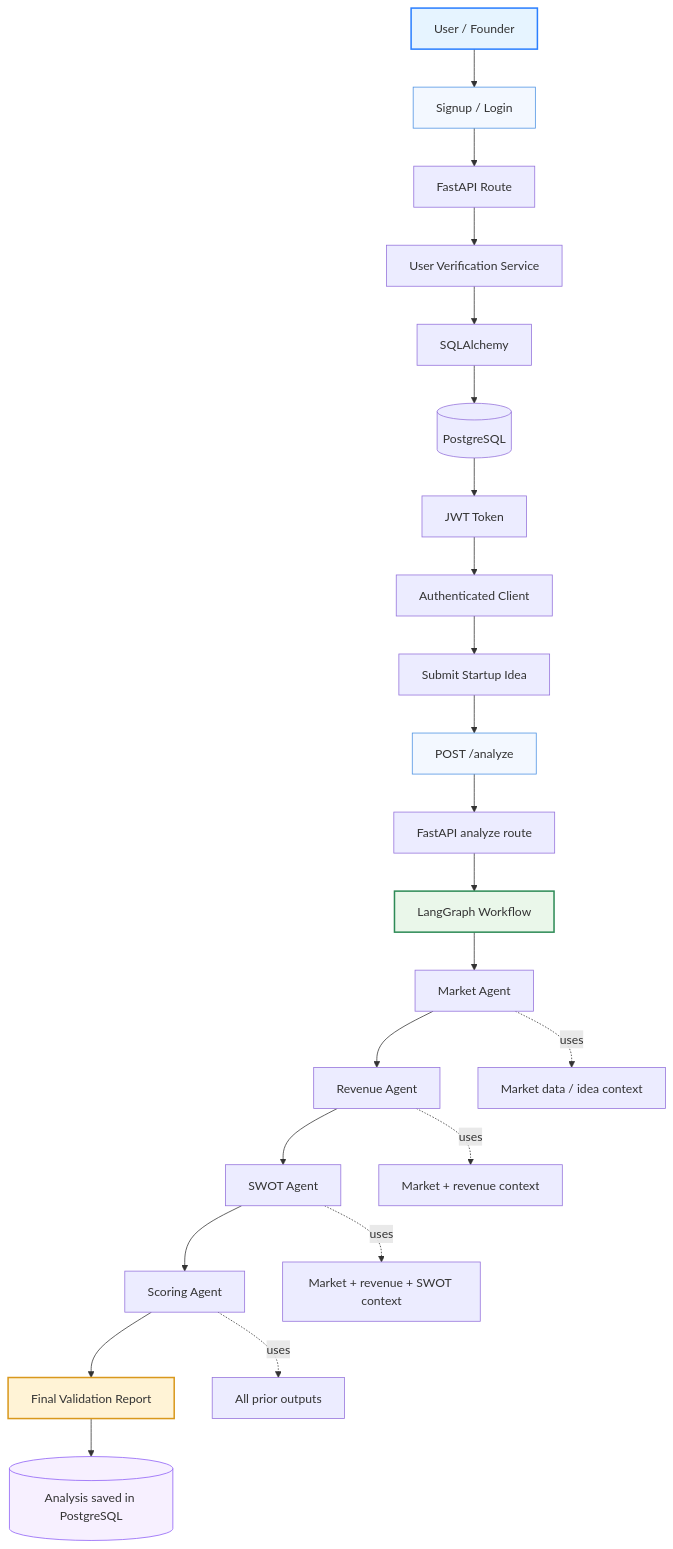
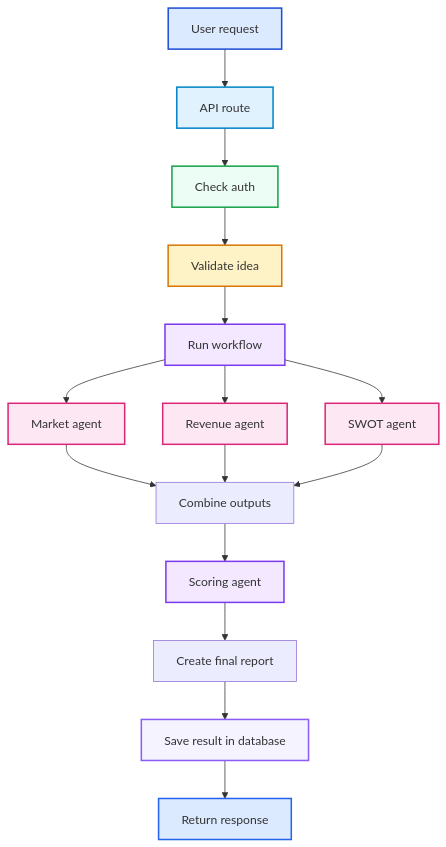
The second of 4 diagrams in README.md (vidhi1954/Startup-Validator), drawn with Mermaid before and after one commit. The commit also changed other lines of this file and 2 other files, not shown here.

````diff
--- a/README.md
+++ b/README.md
@@ -138,34 +28,29 @@
 ```mermaid
 flowchart TD
-    A[User / Founder] --> B[Signup / Login]
-    B --> C[FastAPI Route]
-    C --> D[User Verification Service]
-    D --> E[SQLAlchemy]
-    E --> F[(PostgreSQL)]
-    F --> G[JWT Token]
-    G --> H[Authenticated Client]
+    A[User request] --> B[API route]
+    B --> C[Check auth]
+    C --> D[Validate idea]
+    D --> E[Run workflow]
+    E --> F[Market agent]
+    E --> G[Revenue agent]
+    E --> H[SWOT agent]
+    F --> I[Combine outputs]
+    G --> I
+    H --> I
+    I --> J[Scoring agent]
+    J --> K[Create final report]
+    K --> L[Save result in database]
+    L --> M[Return response]
 
-    H --> I[Submit Startup Idea]
-    I --> J[POST /analyze]
-    J --> K[FastAPI analyze route]
-    K --> L[LangGraph Workflow]
-
-    L --> M[Market Agent]
-    M --> N[Revenue Agent]
-    N --> O[SWOT Agent]
-    O --> P[Scoring Agent]
-    P --> Q[Final Validation Report]
-    Q --> R[(Analysis saved in PostgreSQL)]
-
-    M -. uses .-> S[Market data / idea context]
-    N -. uses .-> T[Market + revenue context]
-    O -. uses .-> U[Market + revenue + SWOT context]
-    P -. uses .-> V[All prior outputs]
-
-    style A fill:#e6f4ff,stroke:#2b7fff,stroke-width:2px
-    style B fill:#f3f8ff,stroke:#4a90e2,stroke-width:1px
-    style J fill:#f3f8ff,stroke:#4a90e2,stroke-width:1px
-    style L fill:#eaf7ea,stroke:#2e8b57,stroke-width:2px
-    style Q fill:#fff3d6,stroke:#d9981d,stroke-width:2px
-    style R fill:#f7f0ff,stroke:#8b5cf6,stroke-width:1px
+    style A fill:#dbeafe,stroke:#1d4ed8,stroke-width:2px
+    style B fill:#e0f2fe,stroke:#0284c7,stroke-width:2px
+    style C fill:#ecfdf5,stroke:#16a34a,stroke-width:2px
+    style D fill:#fef3c7,stroke:#d97706,stroke-width:2px
+    style E fill:#f3e8ff,stroke:#7c3aed,stroke-width:2px
+    style F fill:#fce7f3,stroke:#db2777,stroke-width:2px
+    style G fill:#fce7f3,stroke:#db2777,stroke-width:2px
+    style H fill:#fce7f3,stroke:#db2777,stroke-width:2px
+    style J fill:#f3e8ff,stroke:#7c3aed,stroke-width:2px
+    style L fill:#f5f3ff,stroke:#8b5cf6,stroke-width:2px
+    style M fill:#dbeafe,stroke:#2563eb,stroke-width:2px
 ```
````
